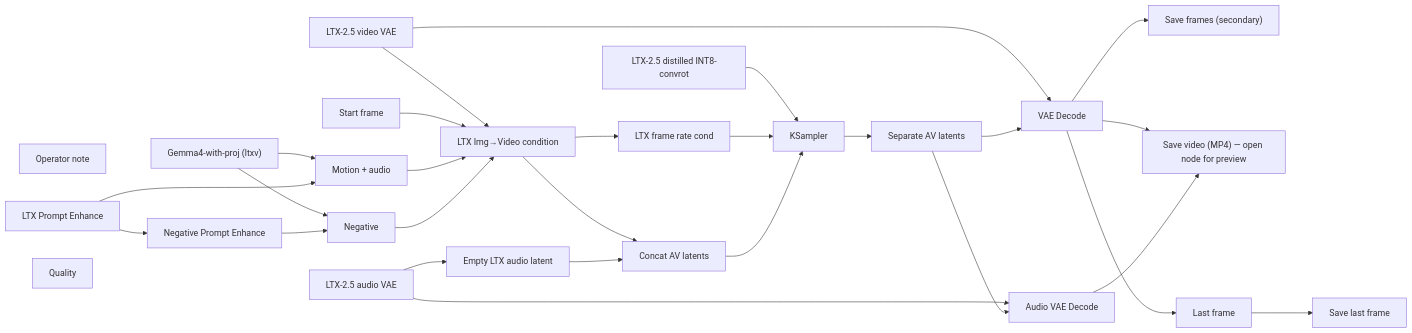
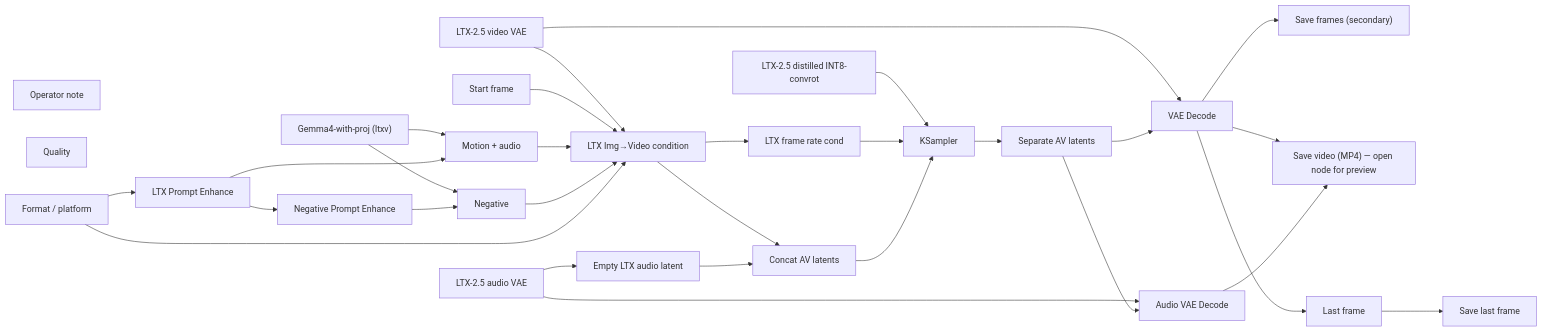
Before and after one commit to toxicoder/ez-comfy-stack: the diagram in docs/generated/workflows/ltx/still-to-shot.md, drawn with Mermaid. The commit also changed other lines of this file and 312 other files, not shown here.

First line of the commit message:
feat: Format / platform on Klein, Wan, and LTX Apps

````diff
--- a/docs/generated/workflows/ltx/still-to-shot.md
+++ b/docs/generated/workflows/ltx/still-to-shot.md
@@ -67,52 +69,55 @@
 ```mermaid
 flowchart LR
   N1["LTX-2.5 distilled INT8-convrot"]
   N2["LTX-2.5 video VAE"]
   N3["Gemma4-with-proj (ltxv)"]
   N4["Start frame"]
   N5["Motion + audio"]
   N6["Negative"]
   N7["LTX Img→Video condition"]
   N8["LTX frame rate cond"]
   N9["KSampler"]
   N10["VAE Decode"]
   N12["Save frames (secondary)"]
   N13["LTX-2.5 audio VAE"]
   N14["Empty LTX audio latent"]
   N15["Concat AV latents"]
   N16["Separate AV latents"]
   N17["Operator note"]
   N18["Save video (MP4) — open node for preview"]
   N19["Last frame"]
   N20["Save last frame"]
   N21["LTX Prompt Enhance"]
   N22["Audio VAE Decode"]
   N23["Negative Prompt Enhance"]
   N24["Quality"]
+  N25["Format / platform"]
   N1 --> N9
   N2 --> N7
   N2 --> N10
   N3 --> N5
   N3 --> N6
   N4 --> N7
   N5 --> N7
   N6 --> N7
   N7 --> N8
   N7 --> N15
   N8 --> N9
   N9 --> N16
   N10 --> N12
   N10 --> N18
   N10 --> N19
   N13 --> N14
   N13 --> N22
   N14 --> N15
   N15 --> N9
   N16 --> N10
   N16 --> N22
   N19 --> N20
   N21 --> N5
   N21 --> N23
   N22 --> N18
   N23 --> N6
+  N25 --> N7
+  N25 --> N21
 ```
````
